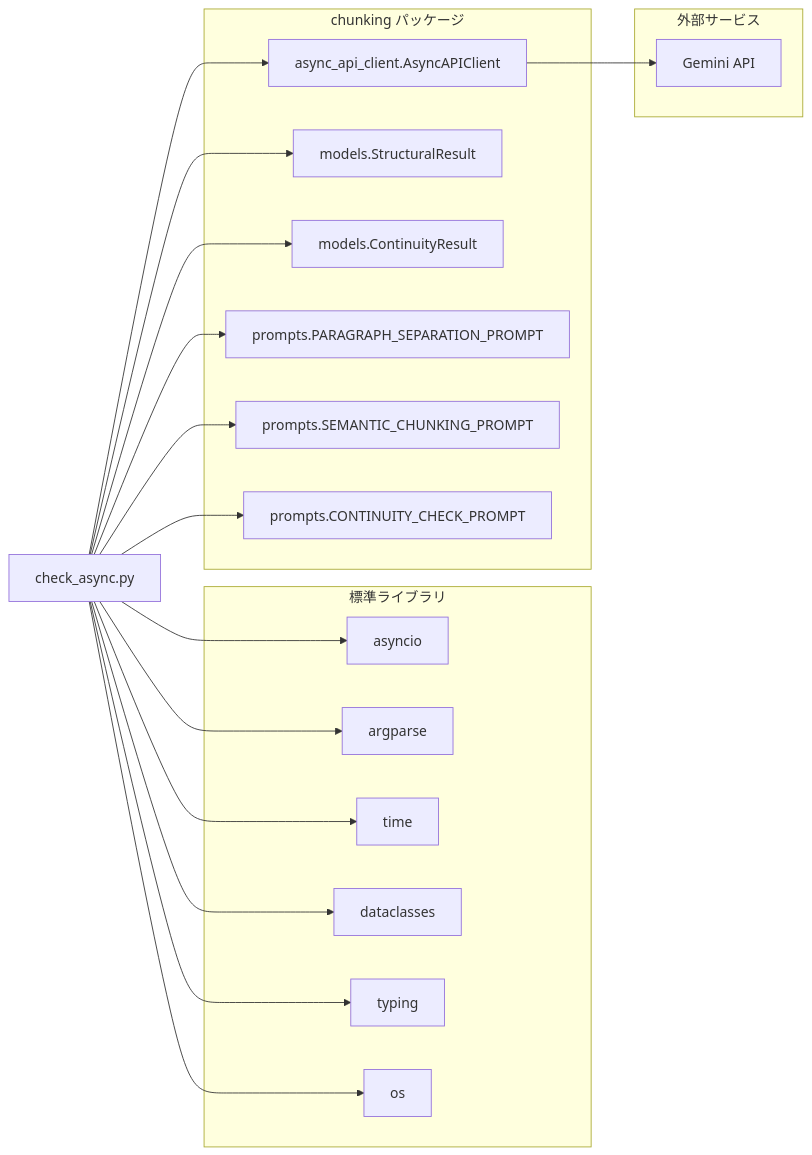
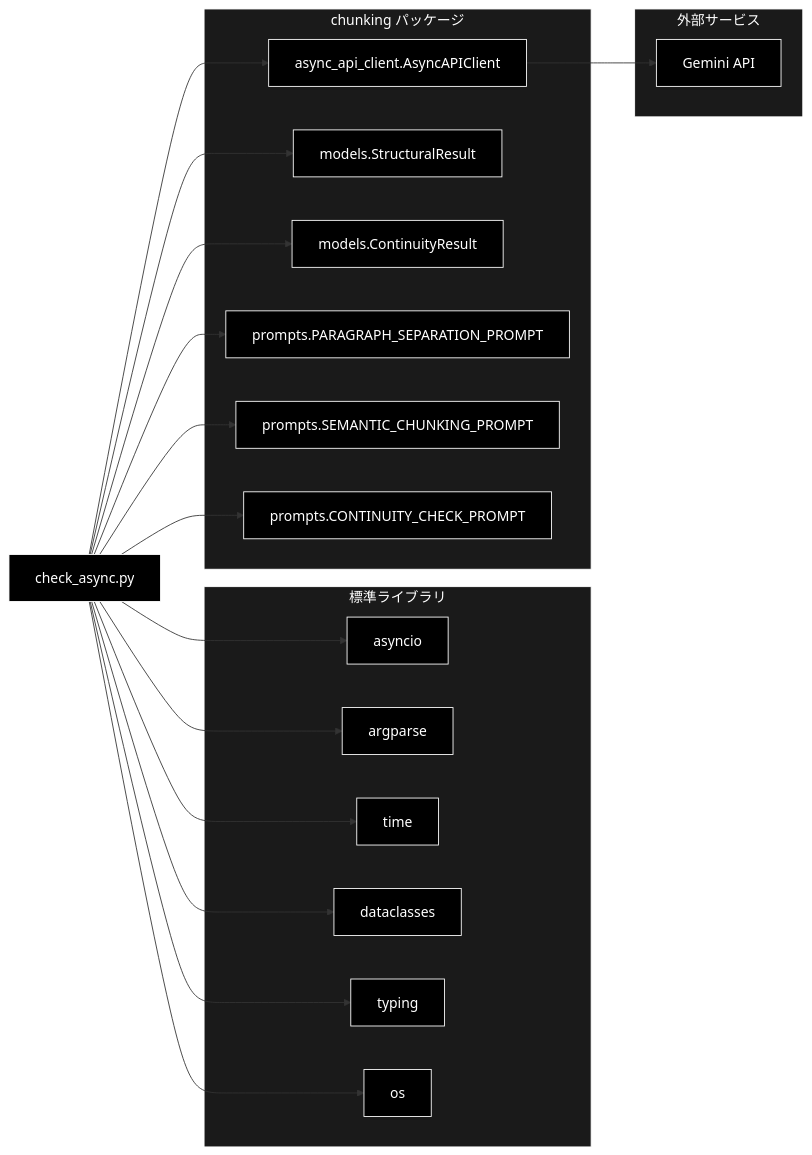
The fourth of 6 diagrams in chunking/docs/check_async.md (nakashima2toshio/grace_v2_local), drawn with Mermaid before and after one commit. The commit also changed other lines of this file and 4 other files, not shown here.

First line of the commit message:
docs: Mermaid 26 図に黒背景スタイルを適用する

````diff
--- a/chunking/docs/check_async.md
+++ b/chunking/docs/check_async.md
@@ -838,40 +864,46 @@
 ```mermaid
 flowchart LR
     CHECK[check_async.py]
 
     subgraph STDLIB["標準ライブラリ"]
         ASYNCIO[asyncio]
         ARGPARSE[argparse]
         TIME[time]
         DATACLASS[dataclasses]
         TYPING[typing]
         OS[os]
     end
 
     subgraph CHUNKING["chunking パッケージ"]
         APICLIENT[async_api_client.AsyncAPIClient]
         MODELS[models.StructuralResult]
         MODELS2[models.ContinuityResult]
         PROMPTS[prompts.PARAGRAPH_SEPARATION_PROMPT]
         PROMPTS2[prompts.SEMANTIC_CHUNKING_PROMPT]
         PROMPTS3[prompts.CONTINUITY_CHECK_PROMPT]
     end
 
     subgraph EXTERNAL["外部サービス"]
         GEMINI[Gemini API]
     end
 
     CHECK --> ASYNCIO
     CHECK --> ARGPARSE
     CHECK --> TIME
     CHECK --> DATACLASS
     CHECK --> TYPING
     CHECK --> OS
     CHECK --> APICLIENT
     CHECK --> MODELS
     CHECK --> MODELS2
     CHECK --> PROMPTS
     CHECK --> PROMPTS2
     CHECK --> PROMPTS3
     APICLIENT --> GEMINI
+classDef default fill:#000,stroke:#fff,color:#fff
+classDef subgraphStyle fill:#1a1a1a,stroke:#fff,color:#fff
+class CHECK,ASYNCIO,ARGPARSE,TIME,DATACLASS,TYPING,OS,APICLIENT,MODELS,MODELS2,PROMPTS,PROMPTS2,PROMPTS3,GEMINI default
+style STDLIB fill:#1a1a1a,stroke:#fff,color:#fff
+style CHUNKING fill:#1a1a1a,stroke:#fff,color:#fff
+style EXTERNAL fill:#1a1a1a,stroke:#fff,color:#fff
 ```
````
